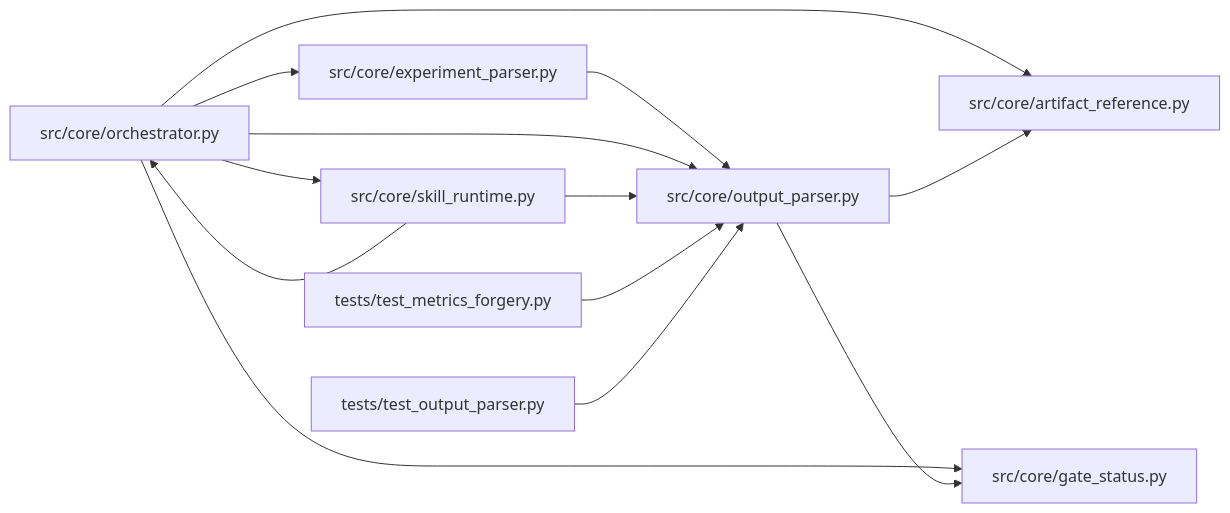
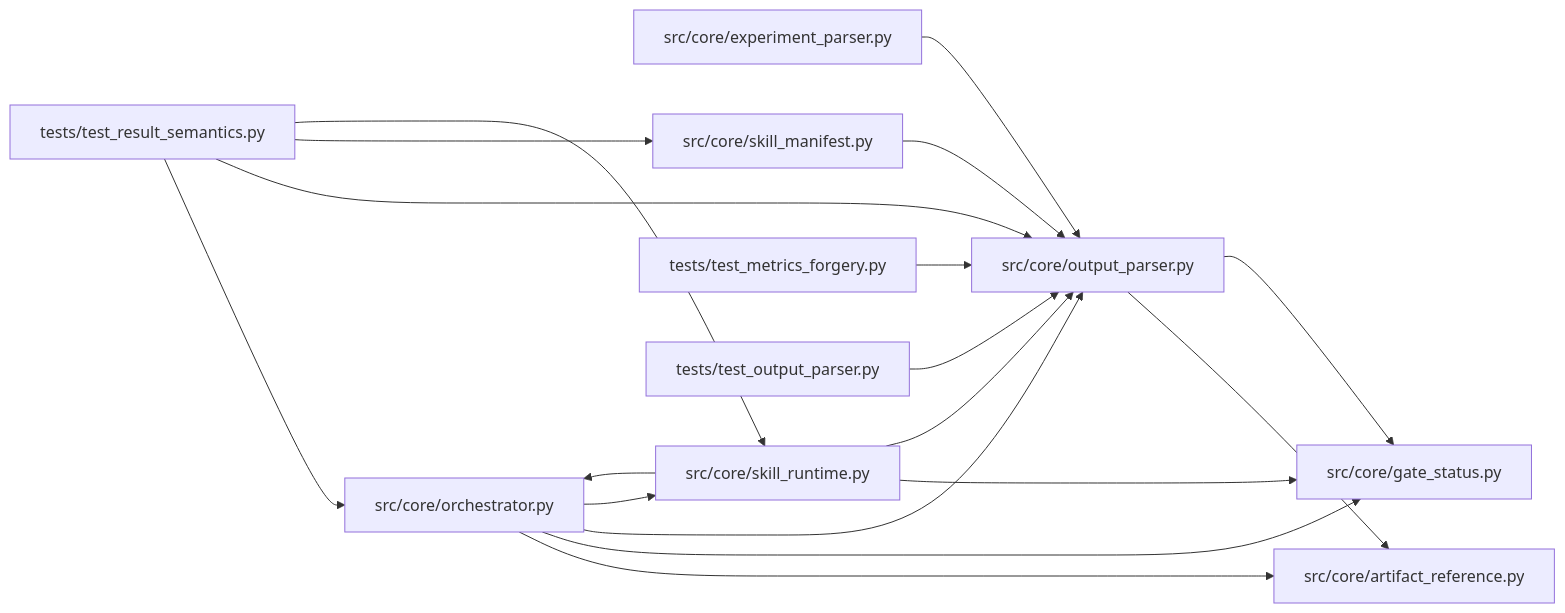
Before and after one commit to Denissvgn/autoresearch-agent: the diagram in docs/llm_wiki/modules/output_parser.md, drawn with Mermaid. The commit also changed other lines of this file and 1033 other files, not shown here.

````diff
--- a/docs/llm_wiki/modules/output_parser.md
+++ b/docs/llm_wiki/modules/output_parser.md
@@ -73,31 +75,40 @@
 ```mermaid
 flowchart LR
     n0["src/core/artifact_reference.py"]
     n1["src/core/experiment_parser.py"]
     n2["src/core/gate_status.py"]
     n3["src/core/orchestrator.py"]
     n4["src/core/output_parser.py"]
-    n5["src/core/skill_runtime.py"]
-    n6["tests/test_metrics_forgery.py"]
-    n7["tests/test_output_parser.py"]
+    n5["src/core/skill_manifest.py"]
+    n6["src/core/skill_runtime.py"]
+    n7["tests/test_metrics_forgery.py"]
+    n8["tests/test_output_parser.py"]
+    n9["tests/test_result_semantics.py"]
     n1 --> n4
     n3 --> n0
-    n3 --> n1
     n3 --> n2
     n3 --> n4
-    n3 --> n5
+    n3 --> n6
     n4 --> n0
     n4 --> n2
-    n5 --> n3
     n5 --> n4
+    n6 --> n2
+    n6 --> n3
     n6 --> n4
     n7 --> n4
+    n8 --> n4
+    n9 --> n3
+    n9 --> n4
+    n9 --> n5
+    n9 --> n6
     click n0 "../modules/artifact_reference.md"
     click n1 "../modules/experiment_parser.md"
     click n2 "../modules/gate_status.md"
     click n3 "../modules/orchestrator.md"
     click n4 "../modules/output_parser.md"
-    click n5 "../modules/skill_runtime.md"
-    click n6 "../modules/test_metrics_forgery.md"
-    click n7 "../modules/test_output_parser.md"
+    click n5 "../modules/skill_manifest.md"
+    click n6 "../modules/skill_runtime.md"
+    click n7 "../modules/test_metrics_forgery.md"
+    click n8 "../modules/test_output_parser.md"
+    click n9 "../modules/test_result_semantics.md"
 ```
````
